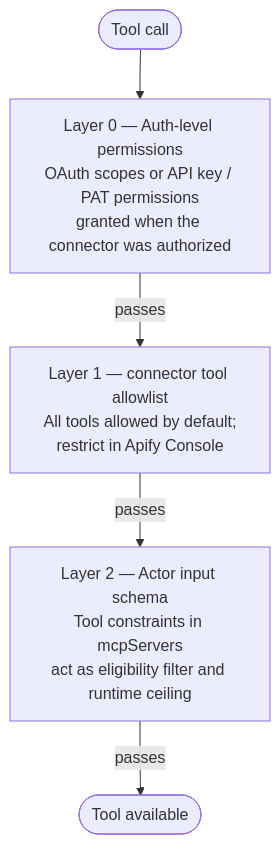
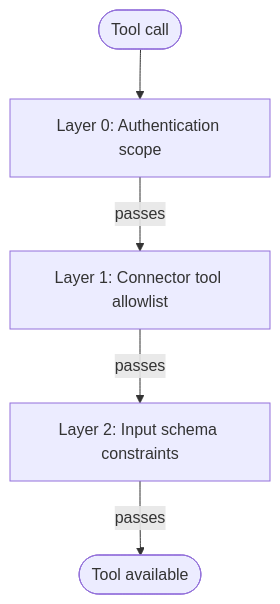
One commit to apify/apify-docs changed the diagram in sources/platform/integrations/ai/mcp-connectors/using-connectors-in-actors.md. Above: the diagram before and after it, drawn with Mermaid. The commit also changed 1 other file, not shown here.

Commit message:
docs: shorten the MCP connector diagram labels

````diff
--- a/sources/platform/integrations/ai/mcp-connectors/using-connectors-in-actors.md
+++ b/sources/platform/integrations/ai/mcp-connectors/using-connectors-in-actors.md
@@ -427,13 +427,16 @@
 ```mermaid
 flowchart TD
+    accTitle: Tool permission layers
+    accDescr: A tool call must pass layer 0, authentication scope, then layer 1, the connector tool allowlist, then layer 2, the input schema constraints. Only then is the tool available.
+
     A([Tool call])
-    B["Layer 0 — Auth-level permissions<br/>OAuth scopes or API key / PAT permissions<br/>granted when the connector was authorized"]
-    C["Layer 1 — connector tool allowlist<br/>All tools allowed by default;<br/>restrict in Apify Console"]
-    D["Layer 2 — Actor input schema<br/>Tool constraints in mcpServers<br/>act as eligibility filter and runtime ceiling"]
+    B[Layer 0: Authentication scope]
+    C[Layer 1: Connector tool allowlist]
+    D[Layer 2: Input schema constraints]
     E([Tool available])
 
     A --> B
     B -->|passes| C
     C -->|passes| D
     D -->|passes| E
 ```
````
